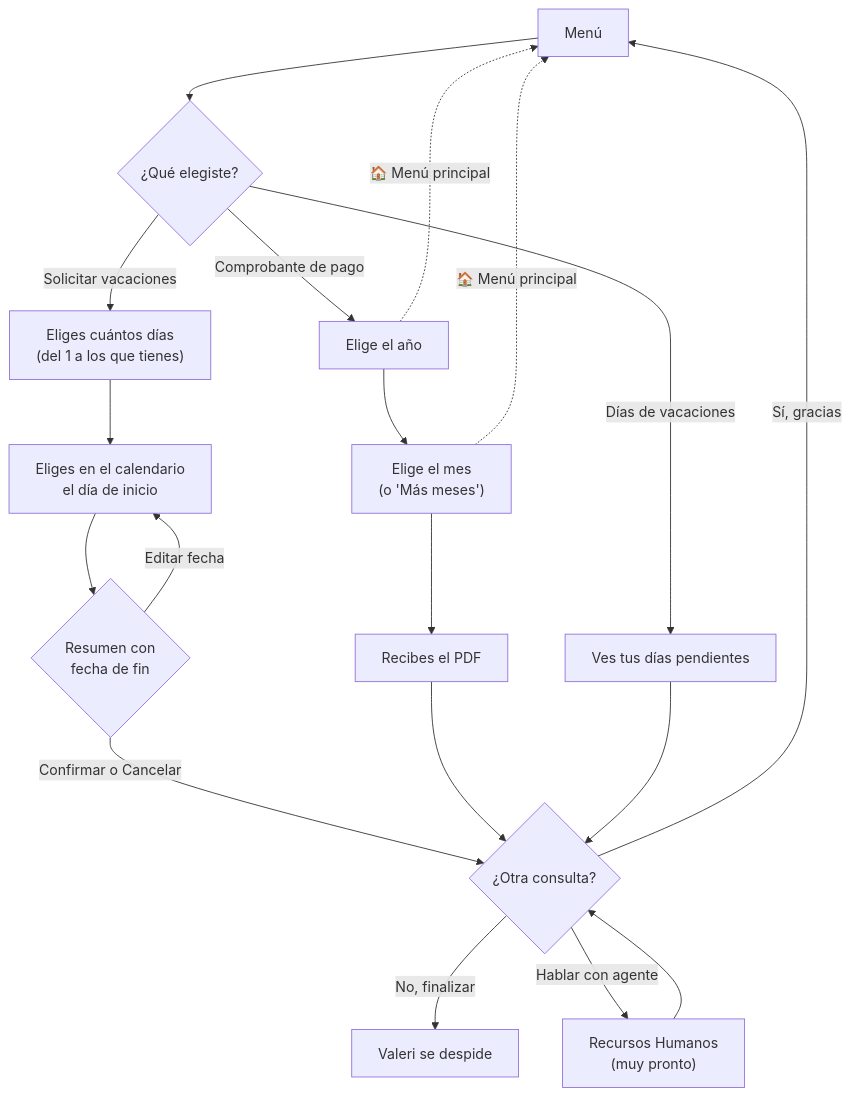
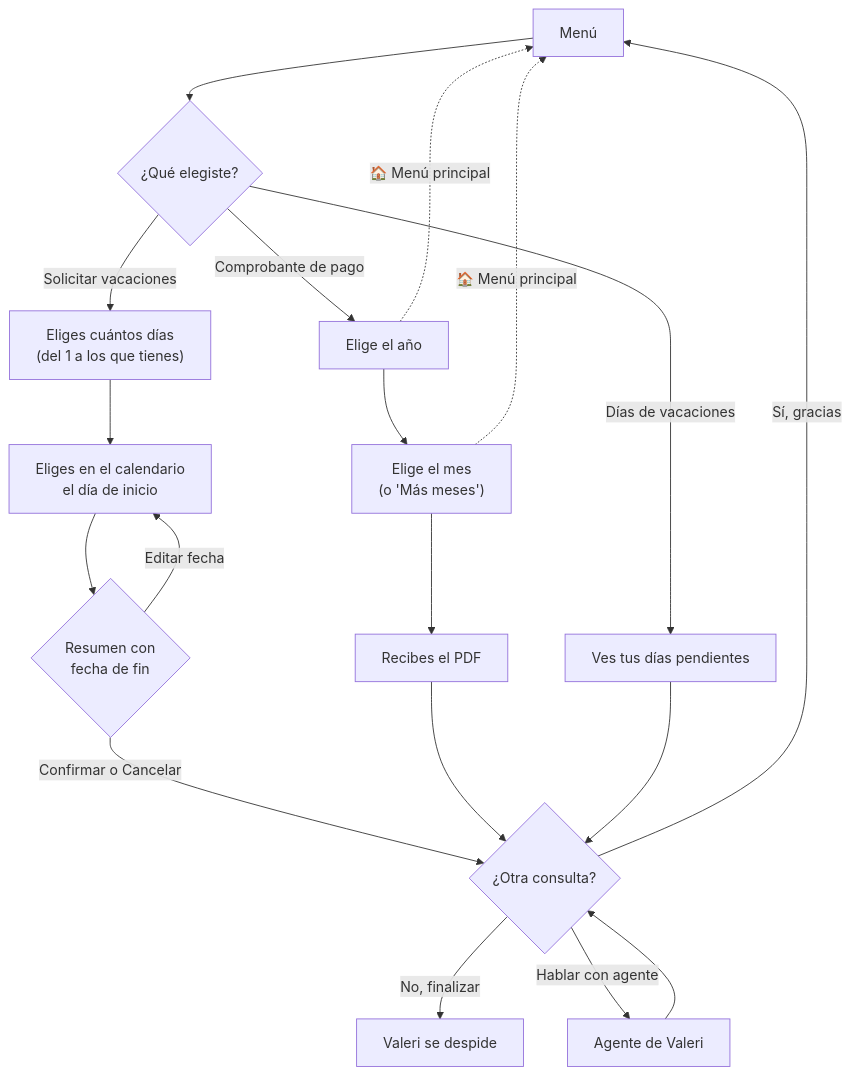
Before and after one commit to brayanfonseca-ai/valeri-bot: the third of 4 diagrams in docs/GUIA_USUARIO.md, drawn with Mermaid. The commit also changed other lines of this file and 29 other files, not shown here.

First line of the commit message:
Valeri: base de datos con Prisma, sesiones de 10 min, agente de IA de AWS y tabla autentication

````diff
--- a/docs/GUIA_USUARIO.md
+++ b/docs/GUIA_USUARIO.md
@@ -149,16 +149,16 @@
 ```mermaid
 flowchart TD
     A["Menú"] --> B{"¿Qué elegiste?"}
     B -- "Comprobante de pago" --> C["Elige el año"] --> D["Elige el mes<br/>(o 'Más meses')"] --> E["Recibes el PDF"]
     B -- "Días de vacaciones" --> F["Ves tus días pendientes"]
     B -- "Solicitar vacaciones" --> J["Eliges cuántos días<br/>(del 1 a los que tienes)"] --> K["Eliges en el calendario<br/>el día de inicio"] --> L{"Resumen con<br/>fecha de fin"}
     L -- "Editar fecha" --> K
     L -- "Confirmar o Cancelar" --> G
     E --> G{"¿Otra consulta?"}
     G -- "Sí, gracias" --> A
     G -- "No, finalizar" --> H["Valeri se despide"]
-    G -- "Hablar con agente" --> I["Recursos Humanos<br/>(muy pronto)"] --> G
+    G -- "Hablar con agente" --> I["Agente de Valeri"] --> G
     F --> G
     C -. "🏠 Menú principal" .-> A
     D -. "🏠 Menú principal" .-> A
 ```
````
